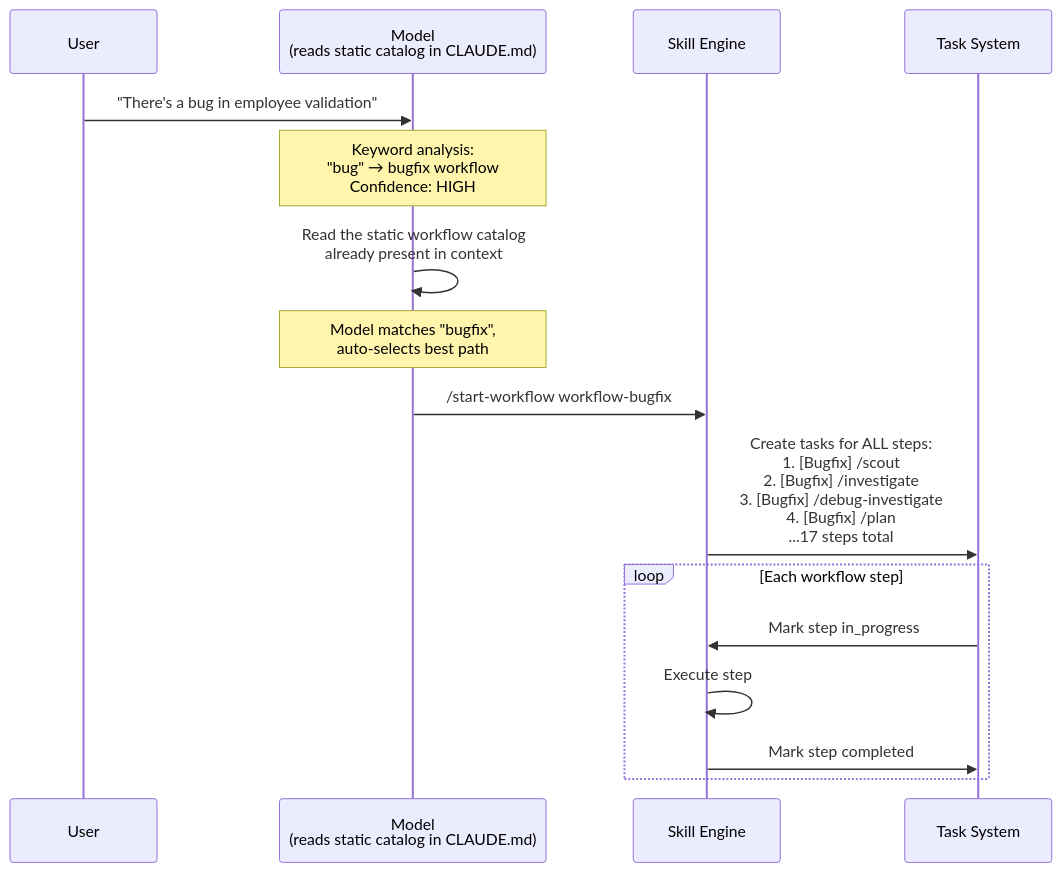
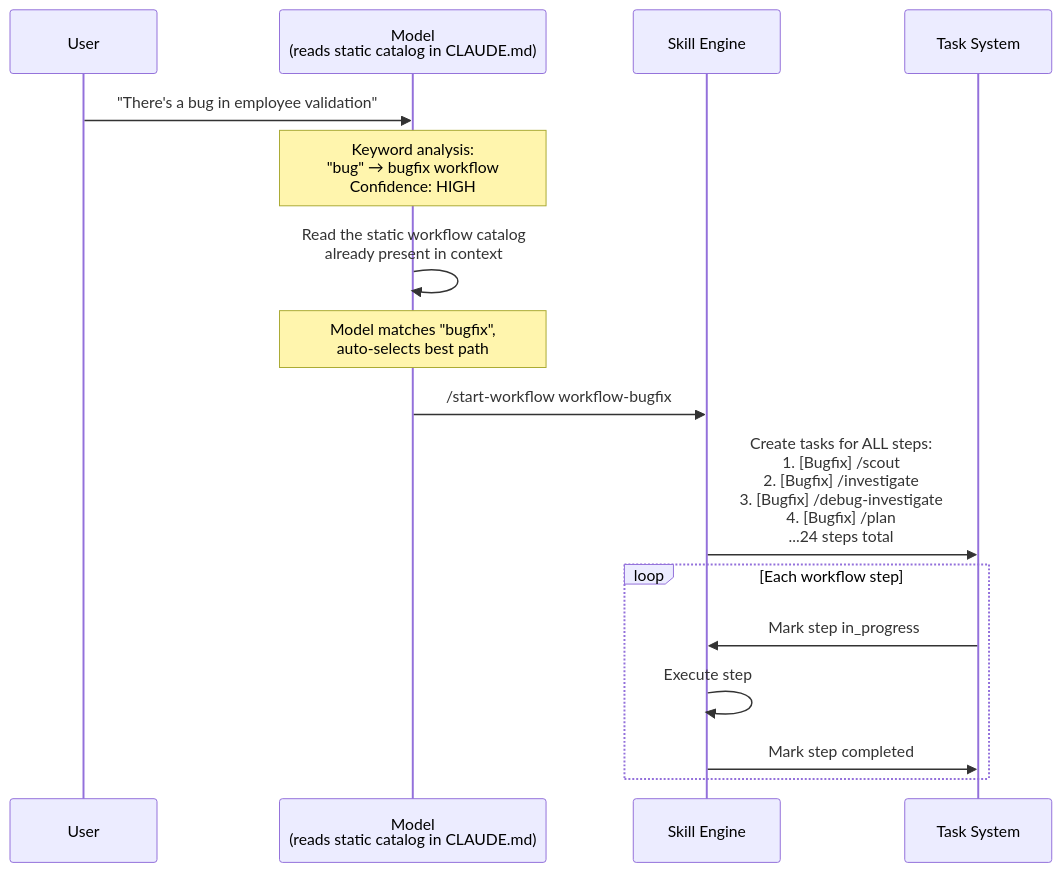
The seventh of 20 diagrams in .claude/docs/claude-ai-agent-framework-guide.md (duc01226/easy-claude), drawn with Mermaid before and after one commit. The commit also changed other lines of this file and 45 other files, not shown here.

````diff
--- a/.claude/docs/claude-ai-agent-framework-guide.md
+++ b/.claude/docs/claude-ai-agent-framework-guide.md
@@ -825,25 +826,25 @@
 ```mermaid
 sequenceDiagram
     participant User
     participant Model as Model<br/>(reads static catalog in CLAUDE.md)
     participant Skill as Skill Engine
     participant Todo as Task System
 
     User->>Model: "There's a bug in employee validation"
 
     Note over Model: Keyword analysis:<br/>"bug" → bugfix workflow<br/>Confidence: HIGH
 
     Model->>Model: Read the static workflow catalog<br/>already present in context
 
     Note over Model: Model matches "bugfix",<br/>auto-selects best path
 
     Model->>Skill: /start-workflow workflow-bugfix
 
-    Skill->>Todo: Create tasks for ALL steps:<br/>1. [Bugfix] /scout<br/>2. [Bugfix] /investigate<br/>3. [Bugfix] /debug-investigate<br/>4. [Bugfix] /plan<br/>...17 steps total
+    Skill->>Todo: Create tasks for ALL steps:<br/>1. [Bugfix] /scout<br/>2. [Bugfix] /investigate<br/>3. [Bugfix] /debug-investigate<br/>4. [Bugfix] /plan<br/>...24 steps total
 
     loop Each workflow step
         Todo->>Skill: Mark step in_progress
         Skill->>Skill: Execute step
         Skill->>Todo: Mark step completed
     end
 ```
````
